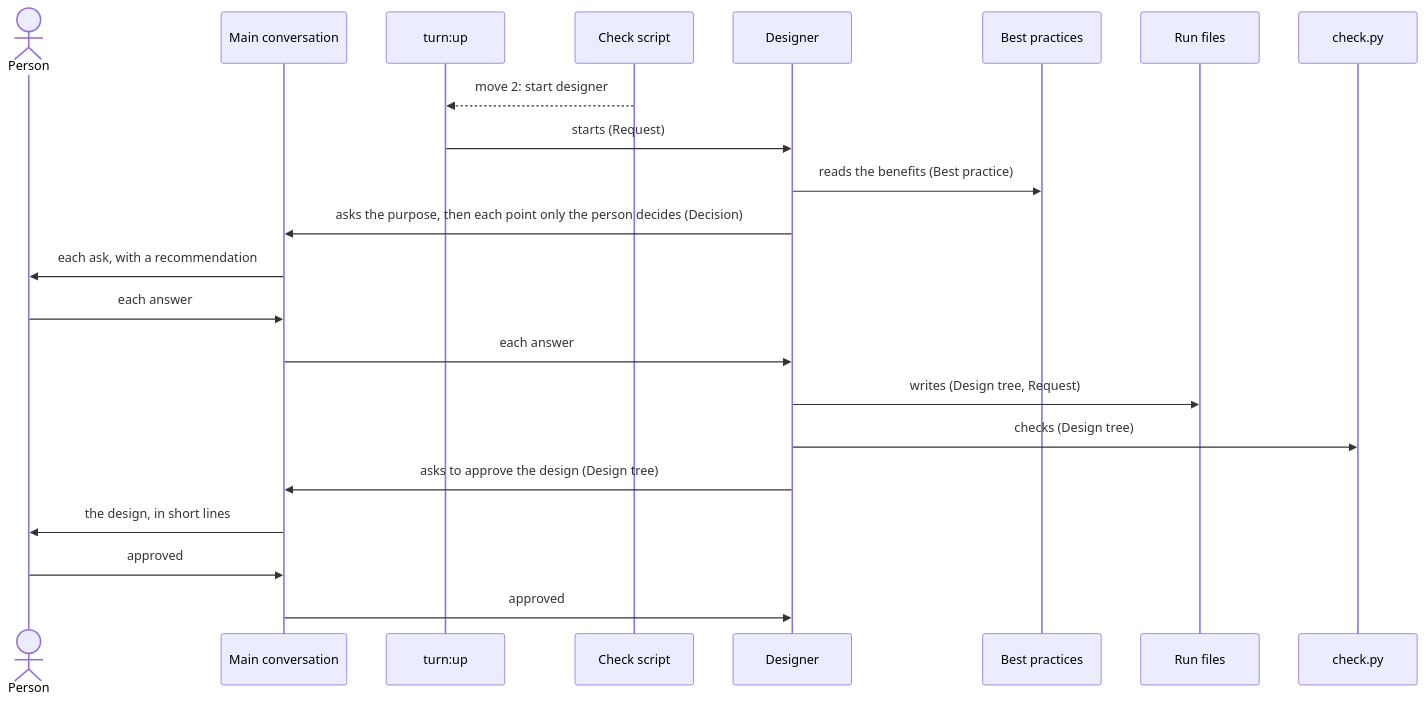
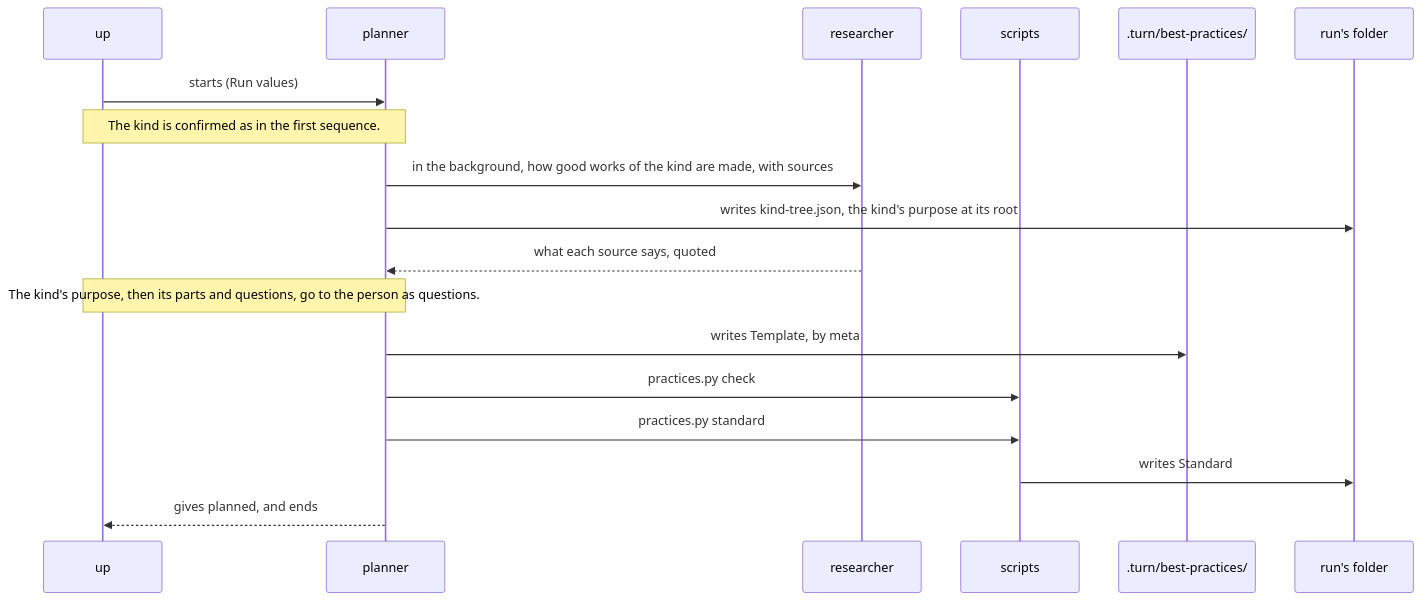
One commit to lovaizu/ccpm changed the fifth of 7 diagrams in dev/turn/architecture.md. Above: the diagram before and after it, drawn with Mermaid. The commit also changed other lines of this file and 2 other files, not shown here.

````diff
--- a/dev/turn/architecture.md
+++ b/dev/turn/architecture.md
@@ -278,24 +436,20 @@
 ```mermaid
 sequenceDiagram
-  actor P as Person
-  participant M as Main conversation
-  participant U as turn:up
-  participant L as Check script
-  participant D as Designer
-  participant B as Best practices
-  participant R as Run files
-  participant C as check.py
-  L-->>U: move 2: start designer
-  U->>D: starts (Request)
-  D->>B: reads the benefits (Best practice)
-  D->>M: asks the purpose, then each point only the person decides (Decision)
-  M->>P: each ask, with a recommendation
-  P->>M: each answer
-  M->>D: each answer
-  D->>R: writes (Design tree, Request)
-  D->>C: checks (Design tree)
-  D->>M: asks to approve the design (Design tree)
-  M->>P: the design, in short lines
-  P->>M: approved
-  M->>D: approved
+  participant U as up
+  participant PL as planner
+  participant RS as researcher
+  participant S as scripts
+  participant T as .turn/best-practices/
+  participant F as run's folder
+  U->>PL: starts (Run values)
+  Note over U,PL: The kind is confirmed as in the first sequence.
+  PL->>RS: in the background, how good works of the kind are made, with sources
+  PL->>F: writes kind-tree.json, the kind's purpose at its root
+  RS-->>PL: what each source says, quoted
+  Note over U,PL: The kind's purpose, then its parts and questions, go to the person as questions.
+  PL->>T: writes Template, by meta
+  PL->>S: practices.py check
+  PL->>S: practices.py standard
+  S->>F: writes Standard
+  PL-->>U: gives planned, and ends
 ```
````
